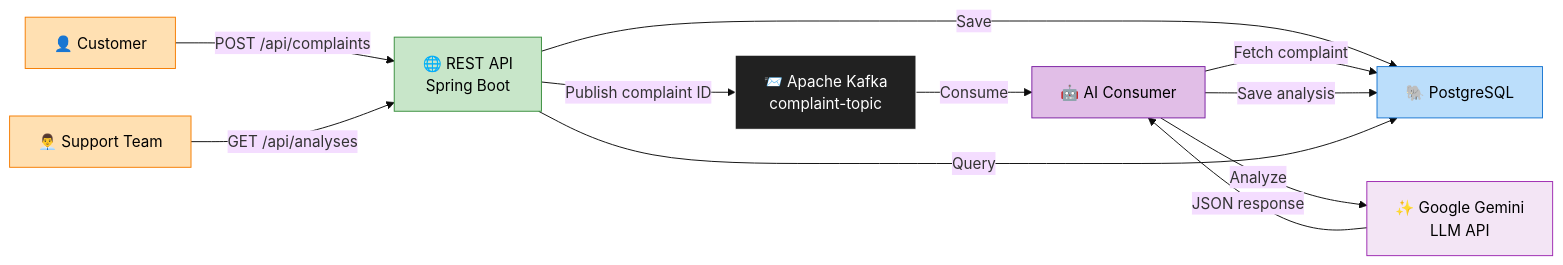
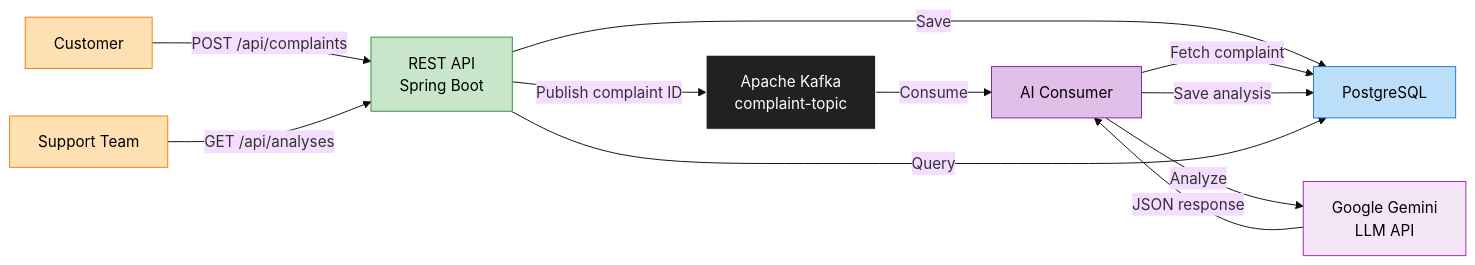
The diagram in README.md (ekinadaozen/FoodSense-AI), drawn with Mermaid (base theme) before and after one commit. The commit also changed other lines of this file and 2 other files, not shown here.

````diff
--- a/README.md
+++ b/README.md
@@ -33,21 +33,21 @@
 ```mermaid
 graph LR
-    A["👤 Customer"] -->|POST /api/complaints| B["🌐 REST API<br/>Spring Boot"]
-    B -->|Save| C["🐘 PostgreSQL"]
-    B -->|Publish complaint ID| D["📨 Apache Kafka<br/>complaint-topic"]
-    D -->|Consume| E["🤖 AI Consumer"]
+    A[" Customer"] -->|POST /api/complaints| B[" REST API<br/>Spring Boot"]
+    B -->|Save| C[" PostgreSQL"]
+    B -->|Publish complaint ID| D[" Apache Kafka<br/>complaint-topic"]
+    D -->|Consume| E[" AI Consumer"]
     E -->|Fetch complaint| C
-    E -->|Analyze| F["✨ Google Gemini<br/>LLM API"]
+    E -->|Analyze| F[" Google Gemini<br/>LLM API"]
     F -->|JSON response| E
     E -->|Save analysis| C
-    G["👨‍💼 Support Team"] -->|GET /api/analyses| B
+    G[" Support Team"] -->|GET /api/analyses| B
     B -->|Query| C
 
     style A fill:#FFE0B2,stroke:#F57C00,color:#000
     style B fill:#C8E6C9,stroke:#388E3C,color:#000
     style C fill:#BBDEFB,stroke:#1976D2,color:#000
     style D fill:#212121,stroke:#FFF,color:#FFF
     style E fill:#E1BEE7,stroke:#7B1FA2,color:#000
     style F fill:#F3E5F5,stroke:#9C27B0,color:#000
     style G fill:#FFE0B2,stroke:#F57C00,color:#000
 ```
````
